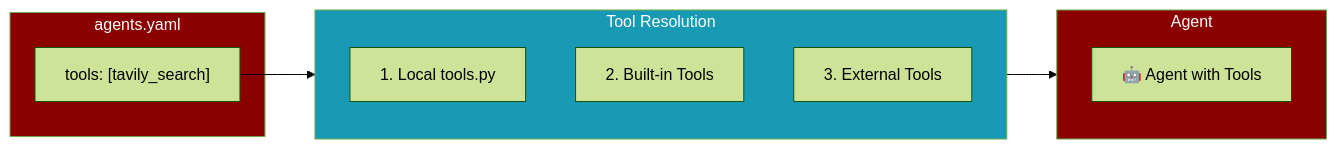
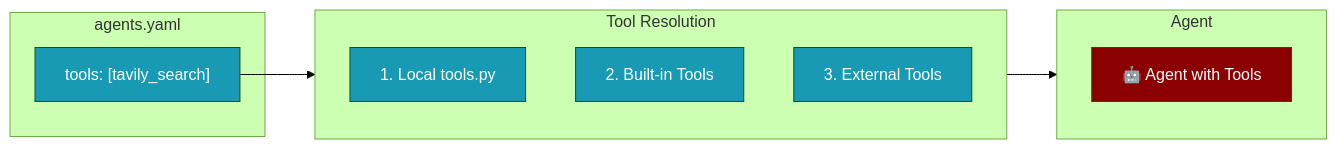
The first of 4 diagrams in docs/tools/yaml-tools.mdx (MervinPraison/PraisonAIDocs), drawn with Mermaid (forest theme) before and after one commit. The commit also changed other lines of this file and 14 other files, not shown here.

````diff
--- a/docs/tools/yaml-tools.mdx
+++ b/docs/tools/yaml-tools.mdx
@@ -15,24 +15,26 @@
 ```mermaid
 flowchart LR
     subgraph YAML["agents.yaml"]
         T["tools: [tavily_search]"]
     end
     
     subgraph Resolution["Tool Resolution"]
         direction TB
         L["1. Local tools.py"]
         B["2. Built-in Tools"]
         E["3. External Tools"]
     end
     
     subgraph Agent["Agent"]
         A["🤖 Agent with Tools"]
     end
     
     T --> Resolution
     Resolution --> Agent
     
-    style YAML fill:#8B0000,color:#fff
-    style Agent fill:#8B0000,color:#fff
-    style Resolution fill:#189AB4,color:#fff
+    classDef agent fill:#8B0000,color:#fff
+    classDef tool fill:#189AB4,color:#fff
+
+    class A agent
+    class T,L,B,E tool
 ```
````
